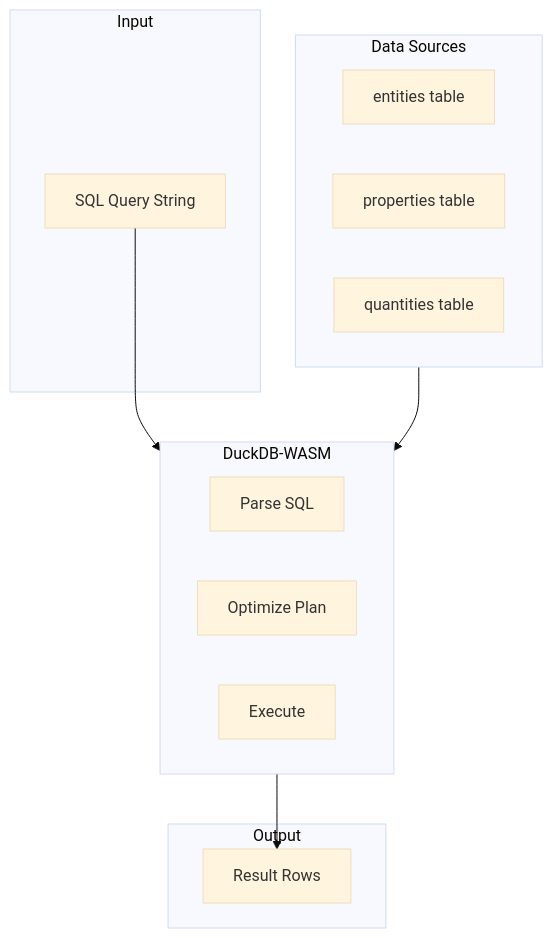
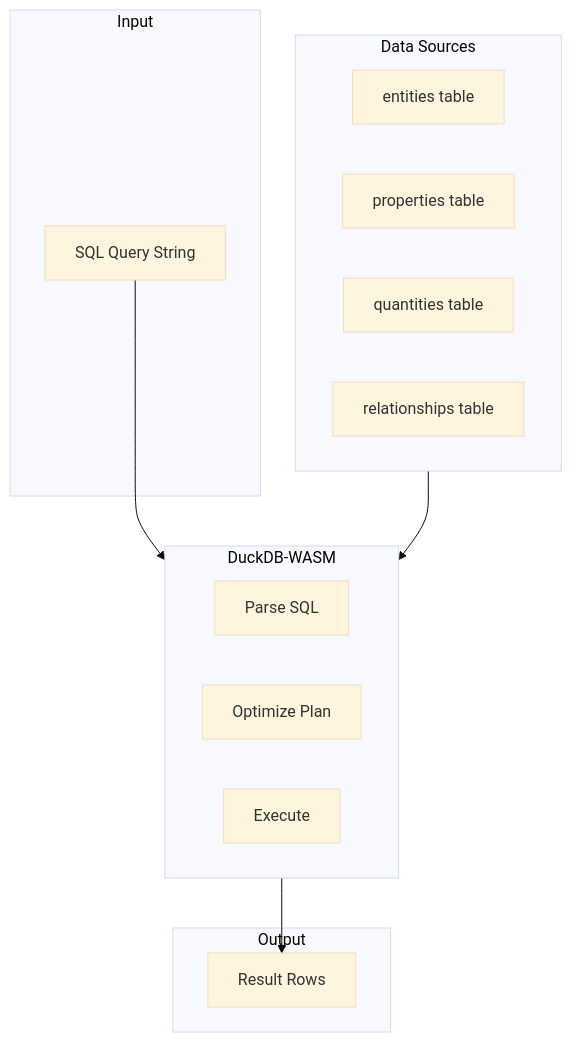
One commit to LTplus-AG/ifc-lite changed diagram 13 of 16 in docs/architecture/data-flow.md. Above: the diagram before and after it, drawn with Mermaid (base theme). The commit also changed other lines of this file and 3 other files, not shown here.

Commit message:
docs(architecture): fix stale names and paths in geometry and data-flow docs

````diff
--- a/docs/architecture/data-flow.md
+++ b/docs/architecture/data-flow.md
@@ -343,26 +343,27 @@
 ```mermaid
 flowchart TB
     subgraph Input["Input"]
         SQL["SQL Query String"]
     end
 
     subgraph DuckDB["DuckDB-WASM"]
         Parse["Parse SQL"]
         Optimize["Optimize Plan"]
         Execute["Execute"]
     end
 
     subgraph Data["Data Sources"]
         Entities["entities table"]
         Properties["properties table"]
         Quantities["quantities table"]
+        Relationships["relationships table"]
     end
 
     subgraph Output["Output"]
         Rows["Result Rows"]
     end
 
     SQL --> DuckDB
     Data --> DuckDB
     DuckDB --> Rows
 ```
````
